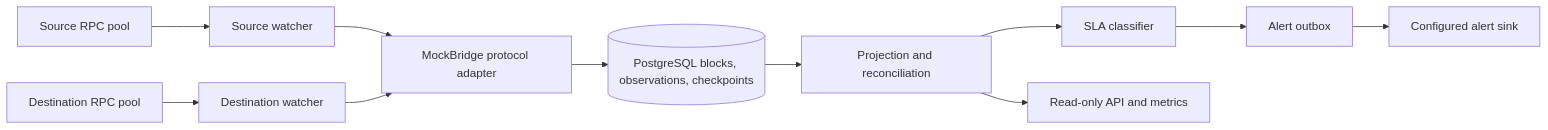
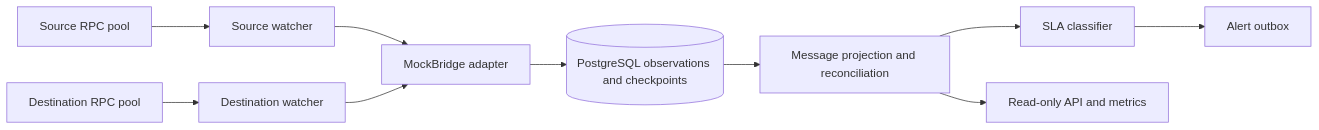
One commit to demo-lenoir/BridgeWatch changed the diagram in README.md. Above: the diagram before and after it, drawn with Mermaid. The commit also changed other lines of this file and 4 other files, not shown here.

Commit message:
docs: explain architecture and local verification

````diff
--- a/README.md
+++ b/README.md
@@ -21,13 +9,12 @@
 ```mermaid
 flowchart LR
-  SR[Source RPC pool] --> SW[Source watcher]
-  DR[Destination RPC pool] --> DW[Destination watcher]
-  SW --> PA[MockBridge protocol adapter]
-  DW --> PA
-  PA --> PG[(PostgreSQL blocks, observations, checkpoints)]
-  PG --> PR[Projection and reconciliation]
-  PR --> SLA[SLA classifier]
-  SLA --> OUT[Alert outbox]
-  PR --> API[Read-only API and metrics]
-  OUT --> SINK[Configured alert sink]
+  S[Source RPC pool] --> SW[Source watcher]
+  D[Destination RPC pool] --> DW[Destination watcher]
+  SW --> A[MockBridge adapter]
+  DW --> A
+  A --> P[(PostgreSQL observations and checkpoints)]
+  P --> R[Message projection and reconciliation]
+  R --> C[SLA classifier]
+  C --> O[Alert outbox]
+  R --> API[Read-only API and metrics]
 ```
````
